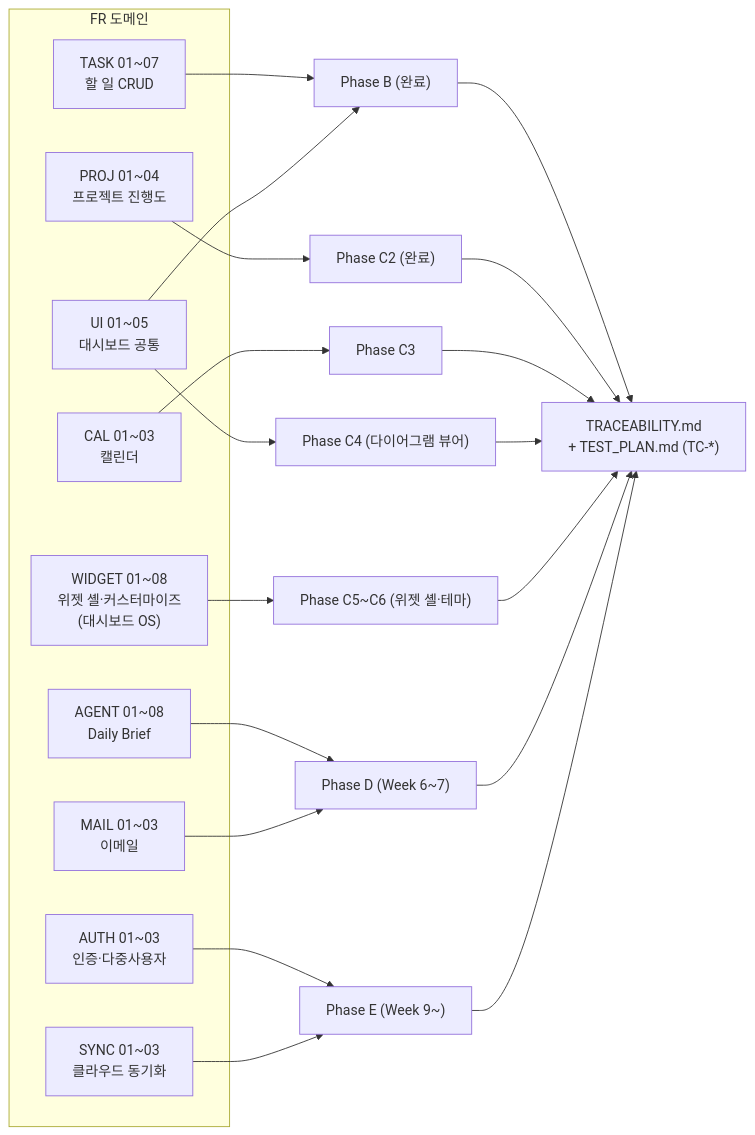
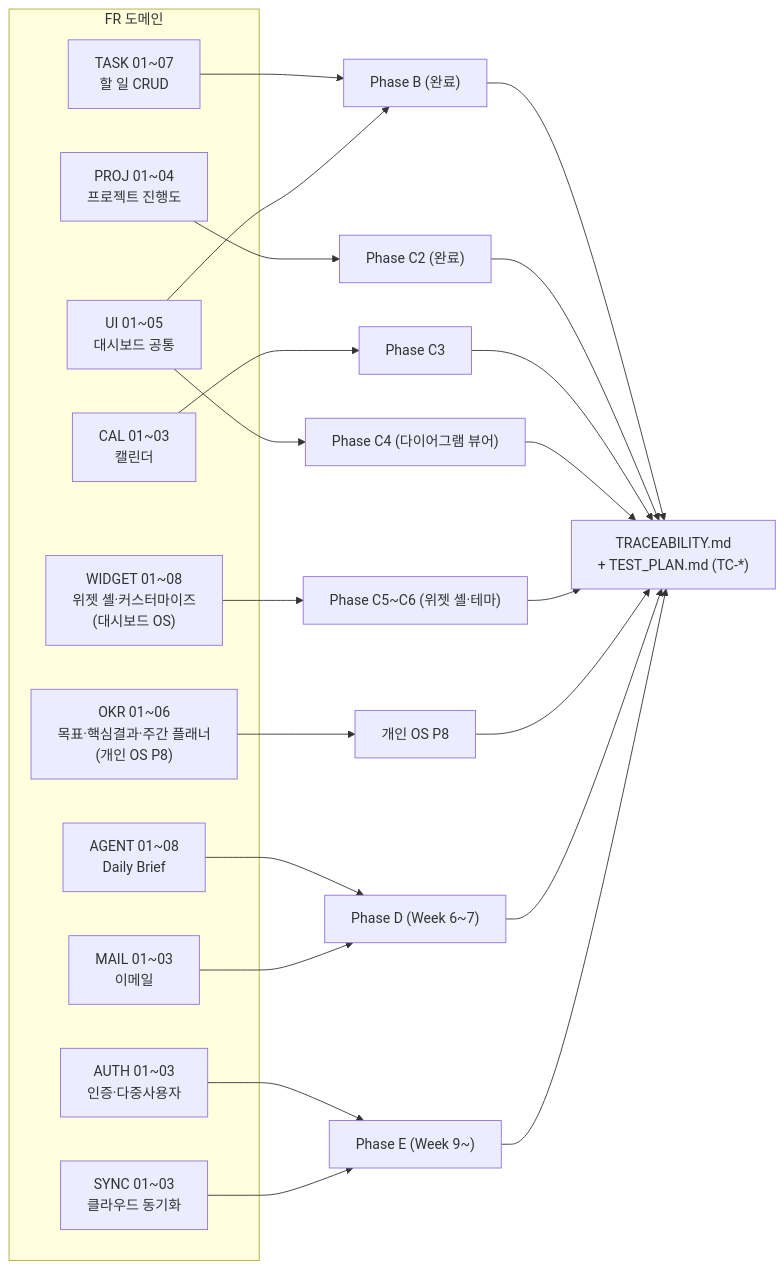
The diagram in docs/product/requirements/REQUIREMENTS_FUNCTIONAL.md (gamercross/my-setup-proj), drawn with Mermaid before and after one commit. The commit also changed other lines of this file and 3 other files, not shown here.

````diff
--- a/docs/product/requirements/REQUIREMENTS_FUNCTIONAL.md
+++ b/docs/product/requirements/REQUIREMENTS_FUNCTIONAL.md
@@ -8,22 +8,24 @@
 ```mermaid
 flowchart LR
   subgraph DOM["FR 도메인"]
     TASK["TASK 01~07<br/>할 일 CRUD"]
     PROJ["PROJ 01~04<br/>프로젝트 진행도"]
     CAL["CAL 01~03<br/>캘린더"]
     MAIL["MAIL 01~03<br/>이메일"]
     AGENT["AGENT 01~08<br/>Daily Brief"]
     AUTH["AUTH 01~03<br/>인증·다중사용자"]
     SYNC["SYNC 01~03<br/>클라우드 동기화"]
     UI["UI 01~05<br/>대시보드 공통"]
     WIDGET["WIDGET 01~08<br/>위젯 셸·커스터마이즈<br/>(대시보드 OS)"]
+    OKR["OKR 01~06<br/>목표·핵심결과·주간 플래너<br/>(개인 OS P8)"]
   end
   TASK & UI --> B["Phase B (완료)"]
   PROJ --> C2["Phase C2 (완료)"]
   CAL --> C3["Phase C3"]
   UI --> C4["Phase C4 (다이어그램 뷰어)"]
   WIDGET --> C5["Phase C5~C6 (위젯 셸·테마)"]
+  OKR --> P8["개인 OS P8"]
   AGENT & MAIL --> D["Phase D (Week 6~7)"]
   AUTH & SYNC --> E["Phase E (Week 9~)"]
-  B & C2 & C3 & C4 & C5 & D & E --> TR["TRACEABILITY.md<br/>+ TEST_PLAN.md (TC-*)"]
+  B & C2 & C3 & C4 & C5 & P8 & D & E --> TR["TRACEABILITY.md<br/>+ TEST_PLAN.md (TC-*)"]
 ```
````
